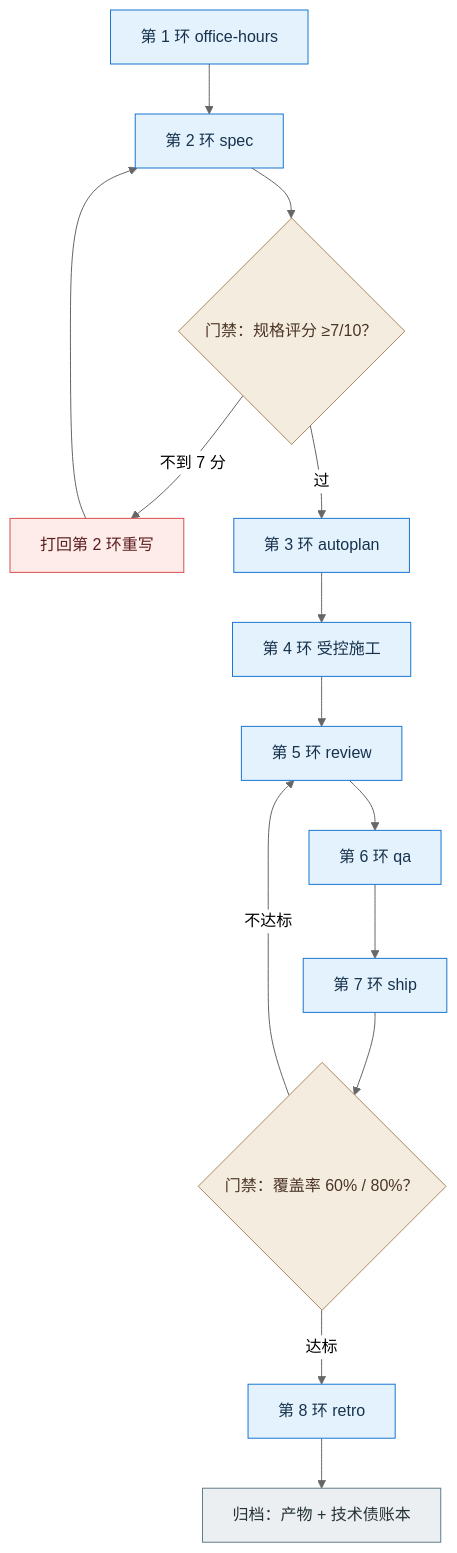
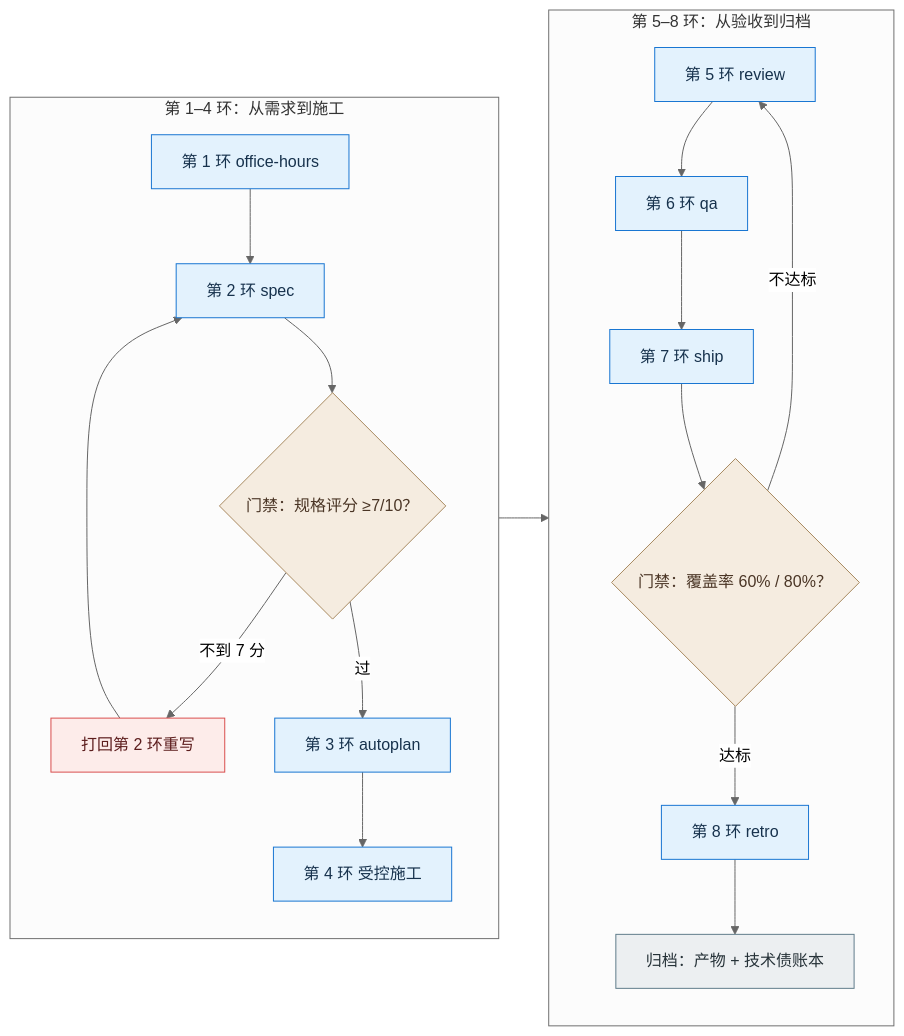
The second of 3 diagrams in content/01.md (cloudzun/mingzhou), drawn with Mermaid (neutral theme) before and after one commit. The commit also changed other lines of this file and 12 other files, not shown here.

Commit message:
content: 图 1-2 改左右两栏、图 5-2 合并节点、图 7-2 删图改引附录 8；第三篇加向导入口；首页卡片对齐新命名

````diff
--- a/content/01.md
+++ b/content/01.md
@@ -97,25 +97,30 @@
 ```mermaid
-flowchart TD
-  E1["第 1 环 office-hours"] --> E2["第 2 环 spec"]
-  E2 --> G1{"门禁：规格评分 ≥7/10？"}
-  G1 -->|"不到 7 分"| BK["打回第 2 环重写"]
-  BK --> E2
-  G1 -->|"过"| E3["第 3 环 autoplan"]
-  E3 --> E4["第 4 环 受控施工"]
-  E4 --> E5["第 5 环 review"]
-  E5 --> E6["第 6 环 qa"]
-  E6 --> E7["第 7 环 ship"]
-  E7 --> G2{"门禁：覆盖率 60% / 80%？"}
-  G2 -->|"不达标"| E5
-  G2 -->|"达标"| E8["第 8 环 retro"]
-  E8 --> OUT["归档：产物 + 技术债账本"]
+flowchart LR
+  subgraph A["第 1–4 环：从需求到施工"]
+    direction TB
+    E1["第 1 环 office-hours"] --> E2["第 2 环 spec"]
+    E2 --> G1{"门禁：规格评分 ≥7/10？"}
+    G1 -->|"不到 7 分"| BK["打回第 2 环重写"]
+    BK --> E2
+    G1 -->|"过"| E3["第 3 环 autoplan"]
+    E3 --> E4["第 4 环 受控施工"]
+  end
+  subgraph B["第 5–8 环：从验收到归档"]
+    direction TB
+    E5["第 5 环 review"] --> E6["第 6 环 qa"]
+    E6 --> E7["第 7 环 ship"]
+    E7 --> G2{"门禁：覆盖率 60% / 80%？"}
+    G2 -->|"不达标"| E5
+    G2 -->|"达标"| E8["第 8 环 retro"]
+    E8 --> OUT["归档：产物 + 技术债账本"]
+  end
+  E4 --> E5
 classDef blue fill:#e3f2fd,stroke:#1976d2,color:#17324d;
-classDef green fill:#e8f5e9,stroke:#388e3c,color:#1b4332;
 classDef red fill:#fdecea,stroke:#d94f4f,color:#5c1d1d;
 classDef warm fill:#f5ece0,stroke:#a8895f,color:#4a3525;
 classDef gray fill:#eceff1,stroke:#607d8b,color:#263238;
   class E1,E2,E3,E4,E5,E6,E7,E8 blue;
   class G1,G2 warm;
   class BK red;
   class OUT gray;
 ```
````
